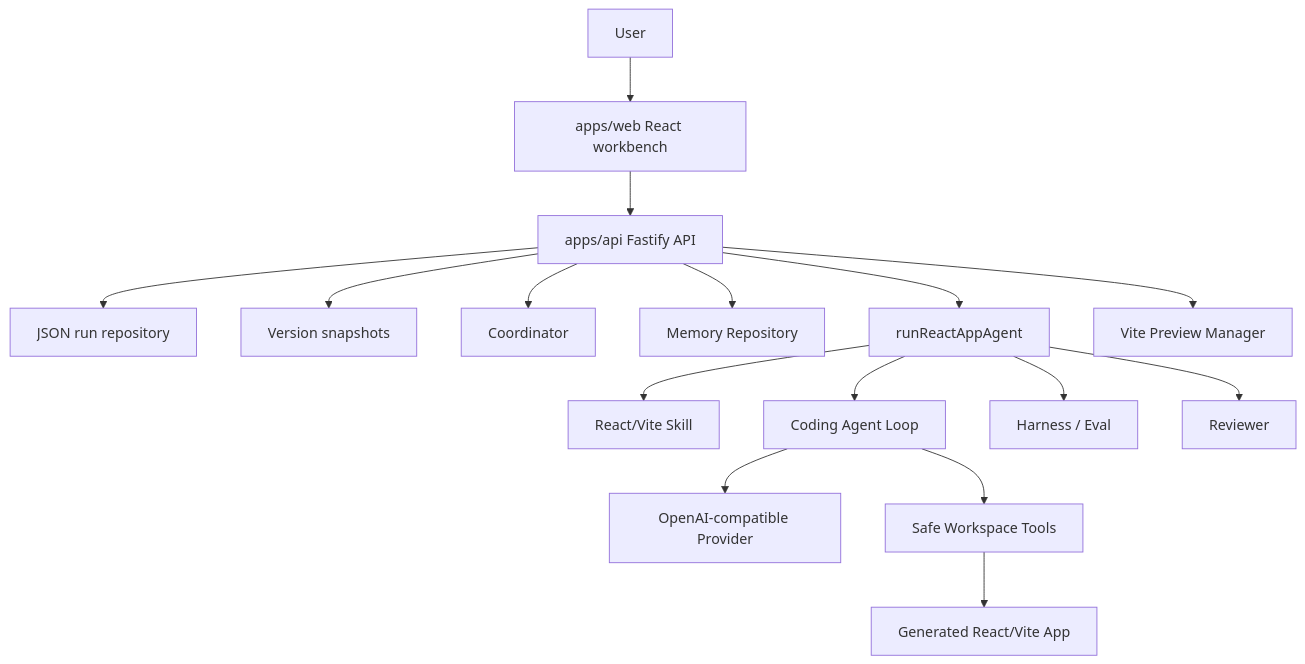
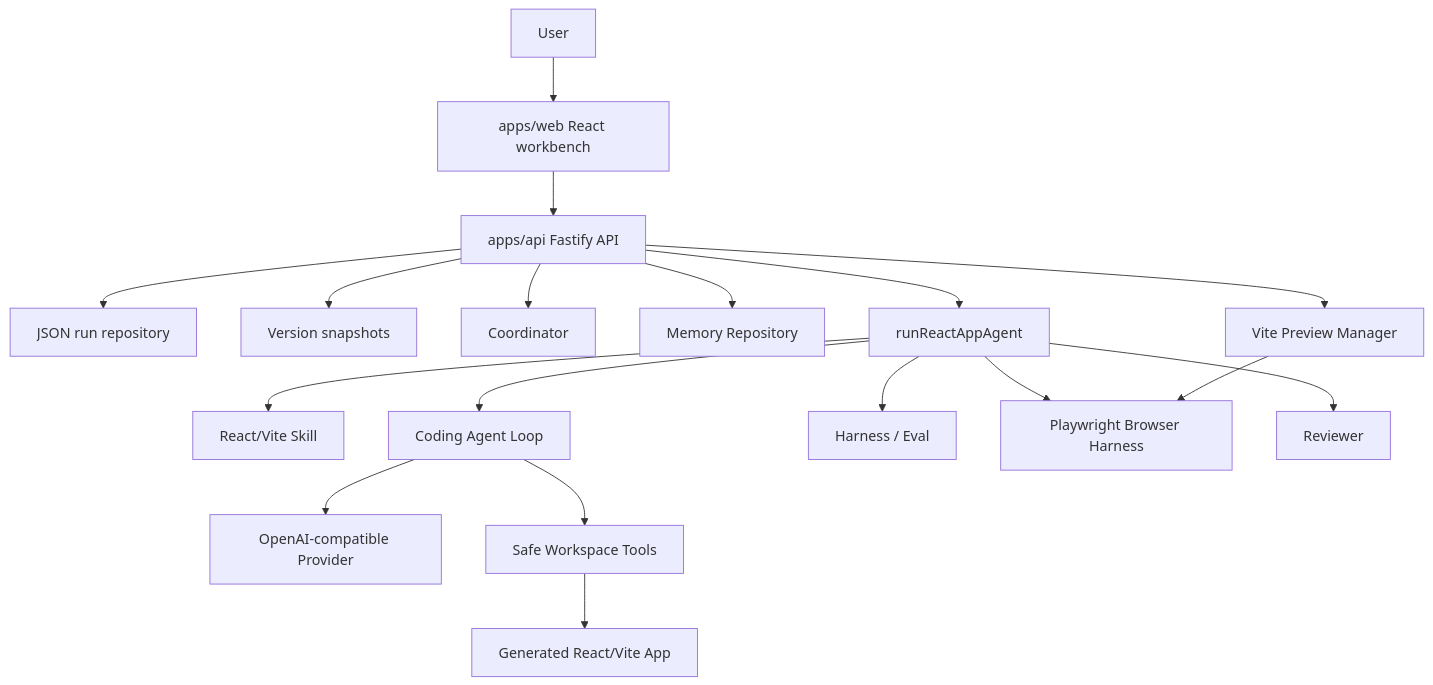
Before and after one commit to Marvin725626/appforge-agent-platform: the second of 2 diagrams in README.md, drawn with Mermaid. The commit also changed other lines of this file and 22 other files, not shown here.

Commit message:
Add browser harness repair loop and docs

````diff
--- a/README.md
+++ b/README.md
@@ -96,18 +98,20 @@
 ```mermaid
 flowchart TD
     User["User"] --> Web["apps/web React workbench"]
     Web --> API["apps/api Fastify API"]
     API --> Repo["JSON run repository"]
     API --> Versions["Version snapshots"]
     API --> Coordinator["Coordinator"]
     API --> Memory["Memory Repository"]
     API --> Runner["runReactAppAgent"]
     Runner --> Skill["React/Vite Skill"]
     Runner --> AgentLoop["Coding Agent Loop"]
     AgentLoop --> Provider["OpenAI-compatible Provider"]
     AgentLoop --> Workspace["Safe Workspace Tools"]
     Runner --> Harness["Harness / Eval"]
+    Runner --> BrowserHarness["Playwright Browser Harness"]
     Runner --> Review["Reviewer"]
     API --> Preview["Vite Preview Manager"]
+    Preview --> BrowserHarness
     Workspace --> Generated["Generated React/Vite App"]
 ```
````
